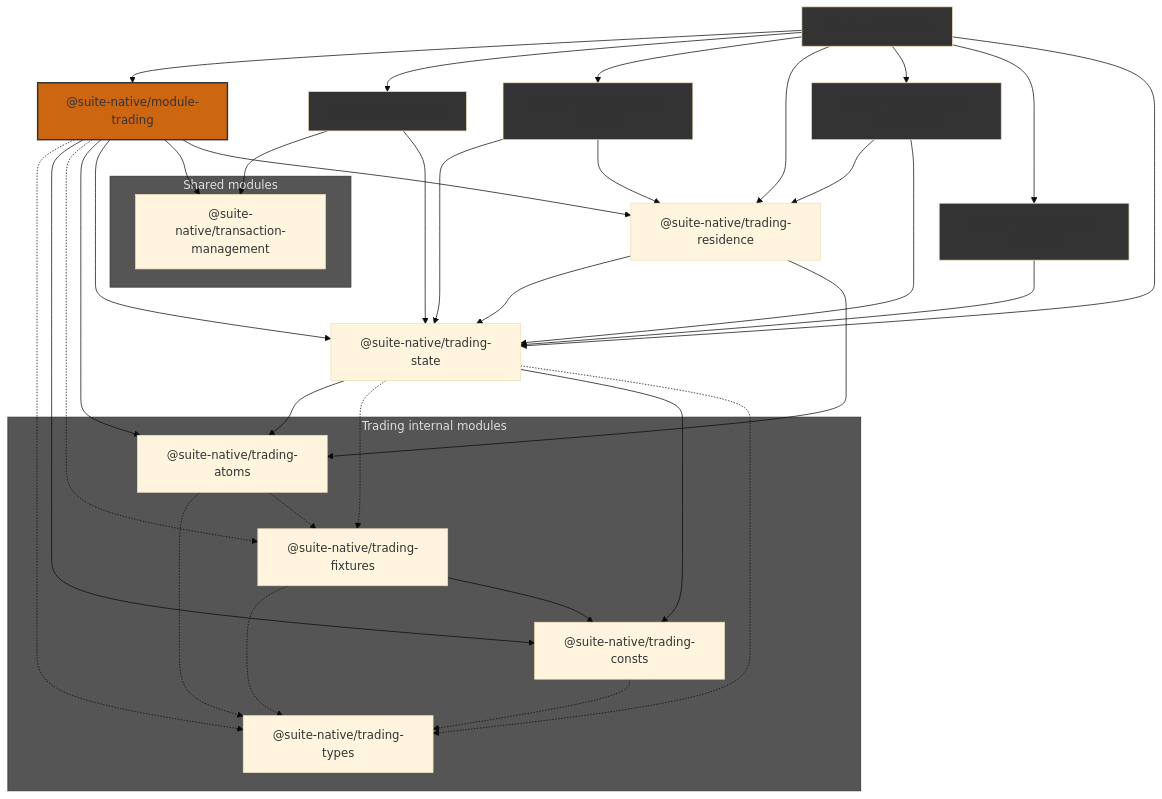
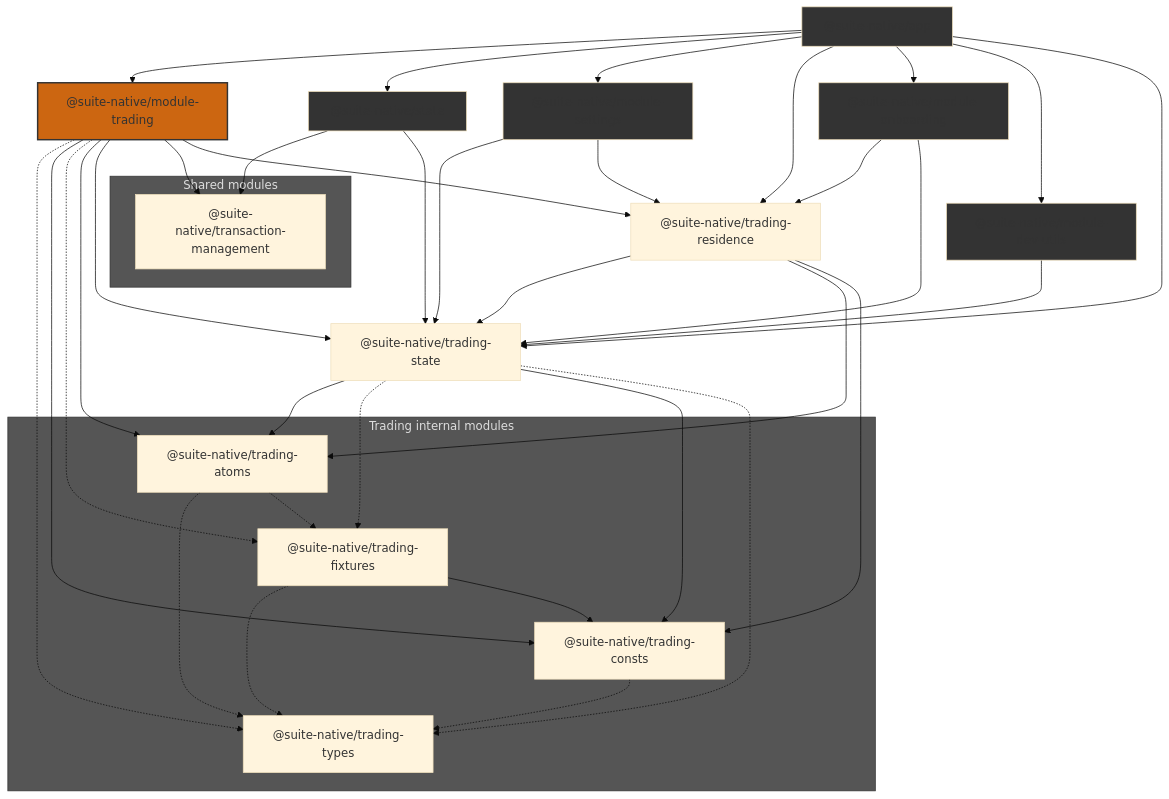
Before and after one commit to trezor/trezor-suite: the diagram in suite-native/module-trading/README.md, drawn with Mermaid (base theme). The commit also changed 8 other files, not shown here.

Commit message:
chore(suite-native): Mobile trade: move countriesWhitelist to trading-consts

````diff
--- a/suite-native/module-trading/README.md
+++ b/suite-native/module-trading/README.md
@@ -41,60 +41,61 @@
 ```mermaid
 graph TD
     app["@suite-native/app"]
     module-dev-utils["@suite-native/module-dev-utils"]
     module-onboarding["@suite-native/module-onboarding"]
     module-settings["@suite-native/module-settings"]
     state["@suite-native/state"]
     module-trading["@suite-native/module-trading"]
     trading-residence["@suite-native/trading-residence"]
     trading-state["@suite-native/trading-state"]
     subgraph trading-internal["Trading internal modules"]
         trading-atoms["@suite-native/trading-atoms"]
         trading-fixtures["@suite-native/trading-fixtures"]
         trading-types["@suite-native/trading-types"]
         trading-consts["@suite-native/trading-consts"]
     end
     subgraph shared["Shared modules"]
         transaction-management["@suite-native/transaction-management"]
     end
 
     app --> module-trading
     app --> state
     app --> module-settings
     app --> trading-residence
     app --> module-onboarding
     app --> module-dev-utils
     app --> trading-state
     module-dev-utils --> trading-state
     module-onboarding --> trading-residence
     module-onboarding --> trading-state
     state --> transaction-management
     state --> trading-state
     module-settings --> trading-state
     module-settings --> trading-residence
     module-trading -.-> trading-types
     module-trading --> trading-consts
     module-trading -.-> trading-fixtures
     module-trading --> trading-atoms
     module-trading --> trading-state
     module-trading --> transaction-management
     module-trading --> trading-residence
     trading-residence --> trading-state
     trading-residence --> trading-atoms
+    trading-residence --> trading-consts
     trading-state --> trading-atoms
     trading-state -.-> trading-fixtures
     trading-state --> trading-consts
     trading-state -.-> trading-types
     trading-atoms -.-> trading-types
     trading-atoms -.-> trading-fixtures
     trading-fixtures -.-> trading-types
     trading-fixtures --> trading-consts
     trading-consts -.-> trading-types
 
     classDef outer fill: #333
     classDef trading-root fill: #c61, stroke: #333, stroke-width: 2px
     classDef trading-group fill: #555, stroke: #333, color: #ddd
     class app,module-dev-utils,module-onboarding,module-settings,state outer
     class module-trading trading-root
     class trading-internal,shared trading-group
 ```
````
